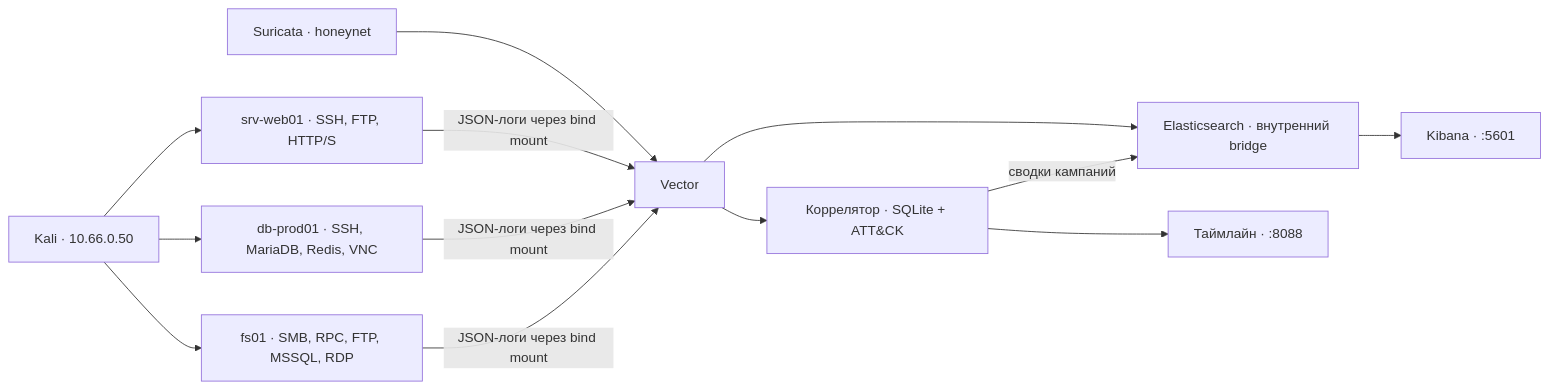
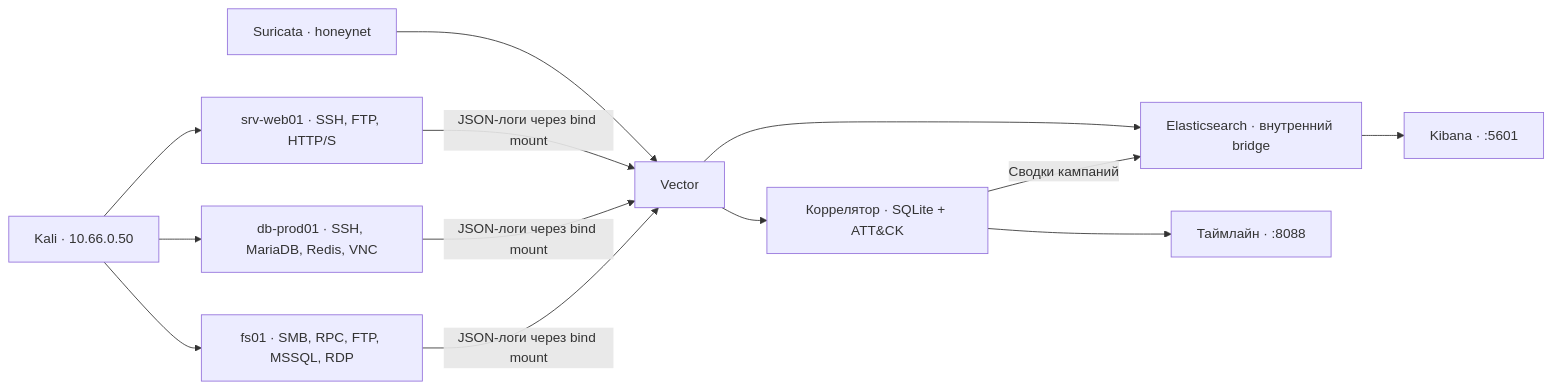
One commit to AlexMaster168/honeypot-practicum changed the diagram in README.md. Above: the diagram before and after it, drawn with Mermaid. The commit also changed other lines of this file and 1 other file, not shown here.

````diff
--- a/README.md
+++ b/README.md
@@ -216,13 +51,13 @@
 ```mermaid
 flowchart LR
   Kali["Kali · 10.66.0.50"] --> Web["srv-web01 · SSH, FTP, HTTP/S"]
   Kali --> DB["db-prod01 · SSH, MariaDB, Redis, VNC"]
   Kali --> FS["fs01 · SMB, RPC, FTP, MSSQL, RDP"]
   IDS["Suricata · honeynet"] --> Vector
   Web & DB & FS -->|JSON-логи через bind mount| Vector
   Vector --> ES["Elasticsearch · внутренний bridge"]
   Vector --> Correlator["Коррелятор · SQLite + ATT&CK"]
-  Correlator -->|сводки кампаний| ES
+  Correlator -->|Сводки кампаний| ES
   ES --> Kibana["Kibana · :5601"]
   Correlator --> UI["Таймлайн · :8088"]
 ```
````
